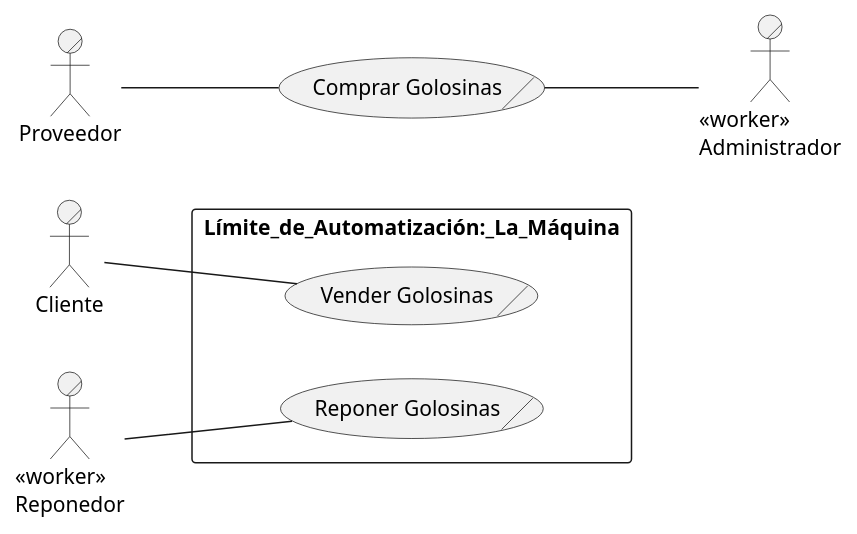
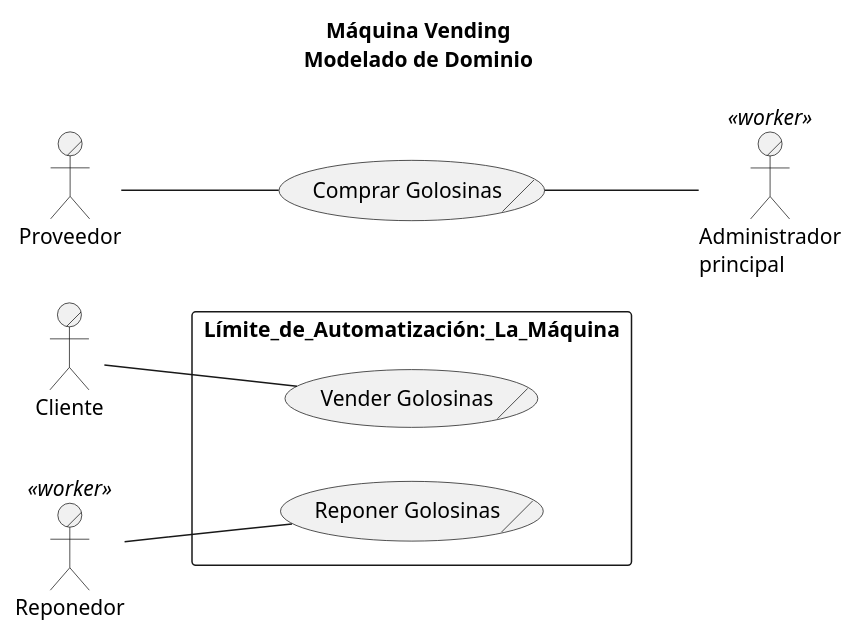
Before and after one commit to srlopez/RUP: the first of 5 diagrams in ejemplos/maquina_vending.md, drawn with PlantUML. The commit also changed other lines of this file and 1 other file, not shown here.

````diff
--- a/ejemplos/maquina_vending.md
+++ b/ejemplos/maquina_vending.md
@@ -43,18 +59,19 @@
 ```plantuml
 @startuml
+title == Máquina Vending ==\nModelado de Dominio
 left to right direction
 :Cliente:/ as cli
 :Proveedor:/ as pro
-:<<worker>>\nAdministrador:/ as jefe
-:<<worker>>\nReponedor:/ as repo
+:Administrador\nprincipal:/ as jefe <<worker>>
+:Reponedor:/ as repo <<worker>>
 (Comprar Golosinas)/ as comprar
 rectangle Límite_de_Automatización:_La_Máquina {
   (Vender Golosinas)/ as vender
   (Reponer Golosinas)/ as reponer
 }
 cli -- vender
 repo -- reponer
 pro -- comprar
 comprar -- jefe
 @enduml
 ```
````
